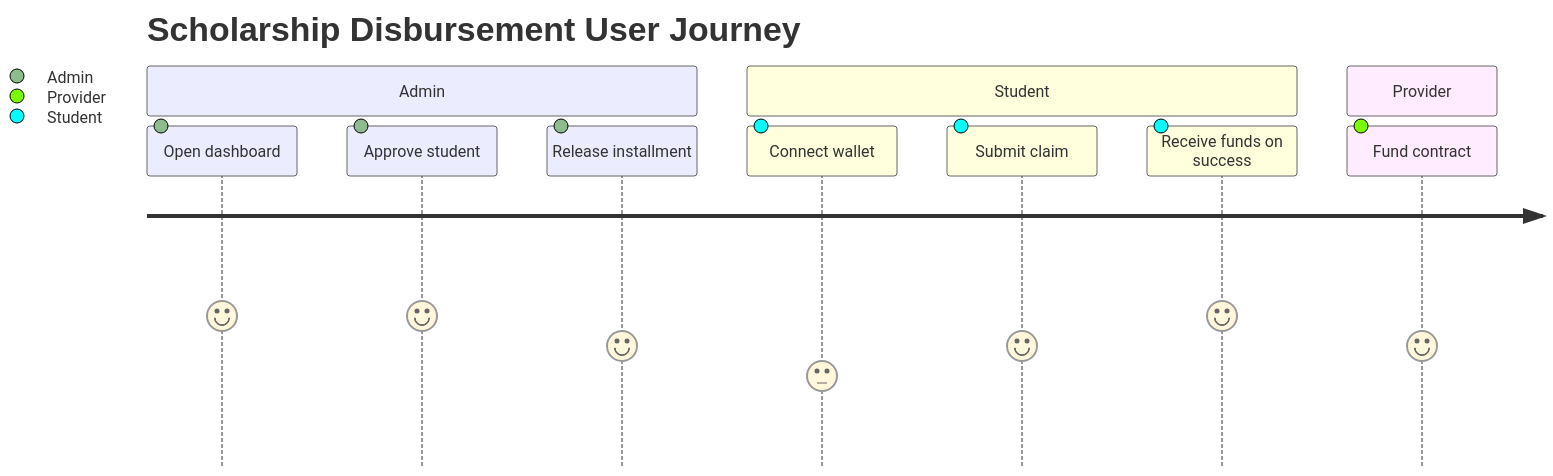
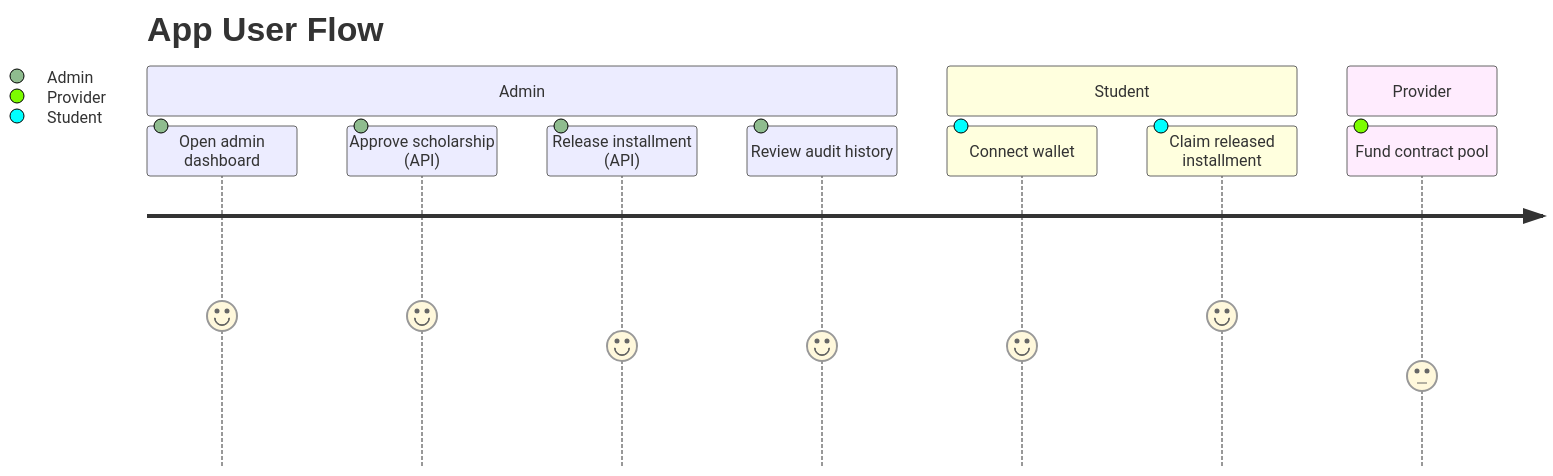
The third of 3 diagrams in docs/codebase.md (ahmedelbamby-aast/ScholarshipDisbursement), drawn with Mermaid before and after one commit. The commit also changed other lines of this file and 7 other files, not shown here.

````diff
--- a/docs/codebase.md
+++ b/docs/codebase.md
@@ -250,14 +47,14 @@
 ```mermaid
 journey
-  title Scholarship Disbursement User Journey
+  title App User Flow
   section Admin
-    Open dashboard: 5: Admin
-    Approve student: 5: Admin
-    Release installment: 4: Admin
+    Open admin dashboard: 5: Admin
+    Approve scholarship (API): 5: Admin
+    Release installment (API): 4: Admin
+    Review audit history: 4: Admin
   section Student
-    Connect wallet: 3: Student
-    Submit claim: 4: Student
-    Receive funds on success: 5: Student
+    Connect wallet: 4: Student
+    Claim released installment: 5: Student
   section Provider
-    Fund contract: 4: Provider
+    Fund contract pool: 3: Provider
 ```
````
